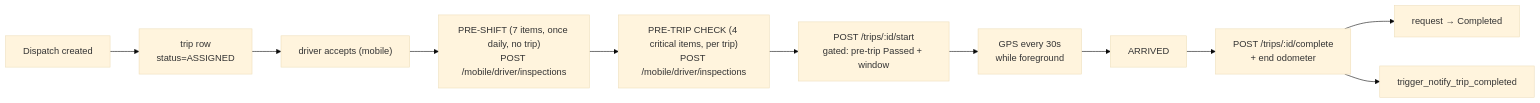
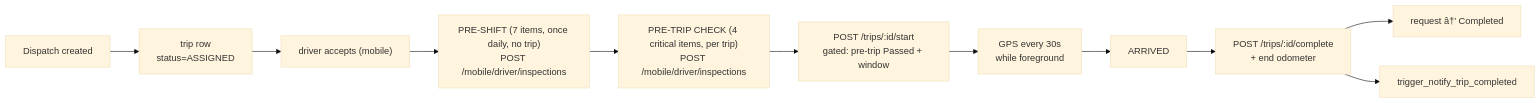
The diagram in Capstone/02 - Features/Trips.md (ro-mee/fleet-transpo), drawn with Mermaid (base theme) before and after one commit. The commit also changed other lines of this file and 95 other files, not shown here.

````diff
--- a/Capstone/02 - Features/Trips.md
+++ b/Capstone/02 - Features/Trips.md
@@ -161,13 +161,13 @@
 ```mermaid
 flowchart LR
     D[Dispatch created] --> T["trip row<br/>status=ASSIGNED"]
     T --> A["driver accepts (mobile)"]
     A --> PS["PRE-SHIFT (7 items, once daily, no trip)<br/>POST /mobile/driver/inspections"]
     PS --> P["PRE-TRIP CHECK (4 critical items, per trip)<br/>POST /mobile/driver/inspections"]
     P --> S["POST /trips/:id/start<br/>gated: pre-trip Passed + window"]
     S --> G["GPS every 30s<br/>while foreground"]
     G --> AR[ARRIVED]
     AR --> C["POST /trips/:id/complete<br/>+ end odometer"]
-    C --> R["request → Completed"]
+    C --> R["request â†’ Completed"]
     C --> N["trigger_notify_trip_completed"]
 ```
````
